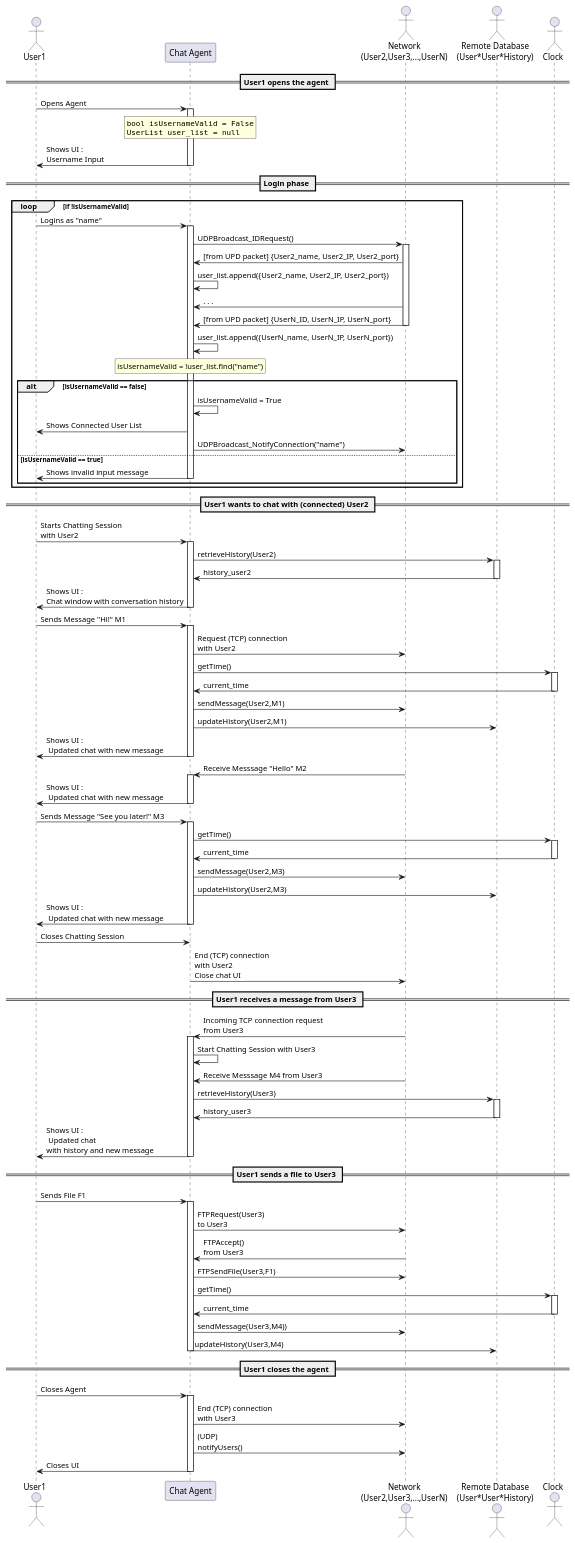
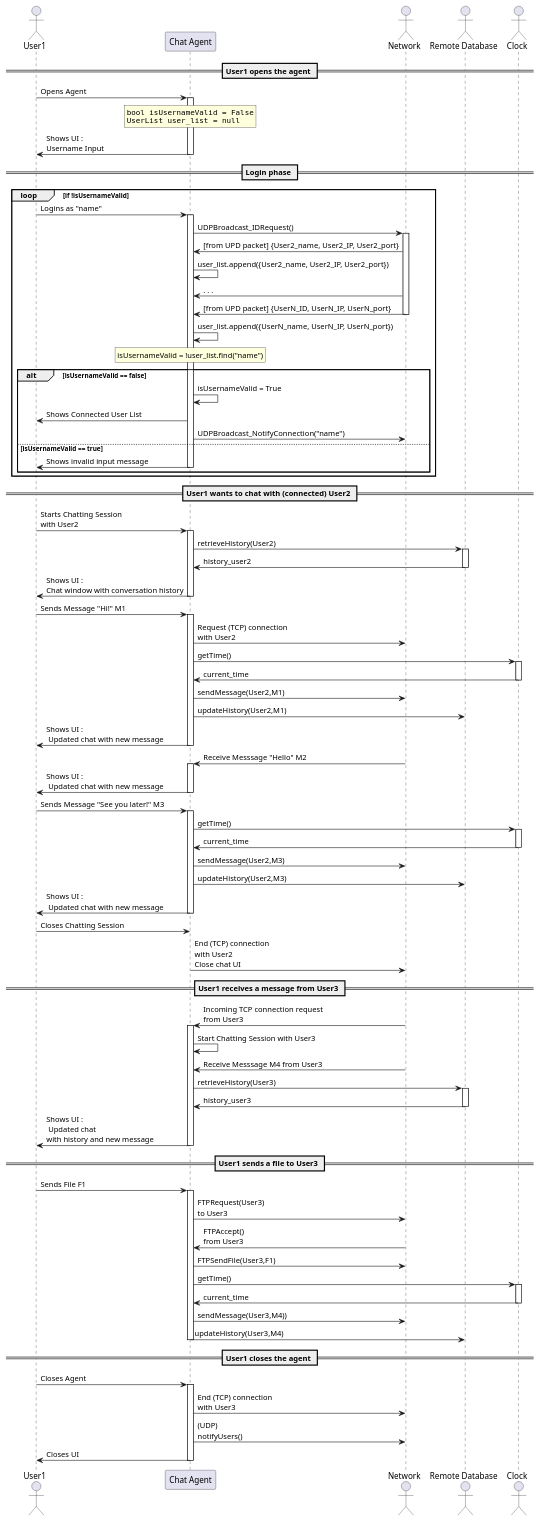
One commit to scanim-valentin/decentralized-chat-system changed the diagram in PlantUML/sequence_black_box.wsd. Above: the diagram before and after it, drawn with PlantUML. The commit also changed 1 other file, not shown here.

```diff
--- a/PlantUML/sequence_black_box.wsd
+++ b/PlantUML/sequence_black_box.wsd
@@ -1,90 +1,90 @@
 @startuml sequence_black_box
 actor User1 as User
 participant "Chat Agent" as chatAgent
-actor "Network\n(User2,User3,...,UserN)" as Network
-actor "Remote Database\n(User*User*History)" as db
+actor "Network" as Network
+actor "Remote Database" as db
 actor "Clock" as Clock
 
 == User1 opens the agent ==
 
 User -> chatAgent ++ : Opens Agent
  rnote over chatAgent: ""bool isUsernameValid = False""\n""UserList user_list = null""
 chatAgent -> User -- : Shows UI :\nUsername Input
 
 == Login phase ==
 
 loop if !isUsernameValid
 User -> chatAgent ++ : Logins as "name"
 
 chatAgent -> Network ++ : UDPBroadcast_IDRequest()
 Network -> chatAgent : [from UPD packet] {User2_name, User2_IP, User2_port} 
 chatAgent -> chatAgent : user_list.append({User2_name, User2_IP, User2_port})
 Network -> chatAgent : . . . 
 Network -> chatAgent -- : [from UPD packet] {UserN_ID, UserN_IP, UserN_port}
 chatAgent -> chatAgent : user_list.append({UserN_name, UserN_IP, UserN_port})
 rnote over chatAgent:  isUsernameValid = !user_list.find("name")
 
 alt isUsernameValid == false
 chatAgent -> chatAgent : isUsernameValid = True
 User <- chatAgent : Shows Connected User List
 chatAgent -> Network : UDPBroadcast_NotifyConnection("name")
     else isUsernameValid == true
 User <- chatAgent -- : Shows invalid input message
     end
 end
 
 == User1 wants to chat with (connected) User2 ==
 
 User -> chatAgent ++ : Starts Chatting Session\nwith User2
   chatAgent -> db ++ : retrieveHistory(User2)
   db -> chatAgent -- : history_user2
 chatAgent -> User -- : Shows UI :\nChat window with conversation history
 
 User -> chatAgent ++ : Sends Message "Hi!" M1 
   chatAgent -> Network : Request (TCP) connection\nwith User2
   chatAgent -> Clock ++ : getTime()
   Clock -> chatAgent -- : current_time
   chatAgent -> Network : sendMessage(User2,M1)
   chatAgent -> db : updateHistory(User2,M1)
 chatAgent -> User -- : Shows UI :\n Updated chat with new message
 
 Network -> chatAgent ++ : Receive Messsage "Hello" M2 
 chatAgent -> User -- : Shows UI :\n Updated chat with new message
 
 User -> chatAgent ++ : Sends Message "See you later!" M3 
   chatAgent -> Clock ++ : getTime()
   Clock -> chatAgent -- : current_time
   chatAgent -> Network : sendMessage(User2,M3)
   chatAgent -> db : updateHistory(User2,M3)
 chatAgent -> User -- : Shows UI :\n Updated chat with new message
 
 User -> chatAgent : Closes Chatting Session
 chatAgent -> Network : End (TCP) connection\nwith User2\nClose chat UI
 
 == User1 receives a message from User3 ==
 
 Network -> chatAgent ++ : Incoming TCP connection request\nfrom User3
 chatAgent -> chatAgent : Start Chatting Session with User3
 Network -> chatAgent : Receive Messsage M4 from User3
 
   chatAgent -> db ++ : retrieveHistory(User3) 
   db -> chatAgent -- : history_user3
 chatAgent -> User -- : Shows UI :\n Updated chat\nwith history and new message
 
 == User1 sends a file to User3 ==
 User -> chatAgent ++ : Sends File F1
 chatAgent -> Network : FTPRequest(User3)\nto User3
 Network -> chatAgent : FTPAccept()\nfrom User3
 chatAgent -> Network : FTPSendFile(User3,F1)
 chatAgent -> Clock ++ : getTime()
 Clock -> chatAgent -- : current_time
 chatAgent -> Network : sendMessage(User3,M4))
 chatAgent -> db -- : updateHistory(User3,M4)
 == User1 closes the agent ==
 
 User -> chatAgent ++ : Closes Agent
   chatAgent -> Network : End (TCP) connection\nwith User3
   chatAgent -> Network : (UDP)\nnotifyUsers()
 chatAgent -> User -- : Closes UI
 
 @enduml
```
